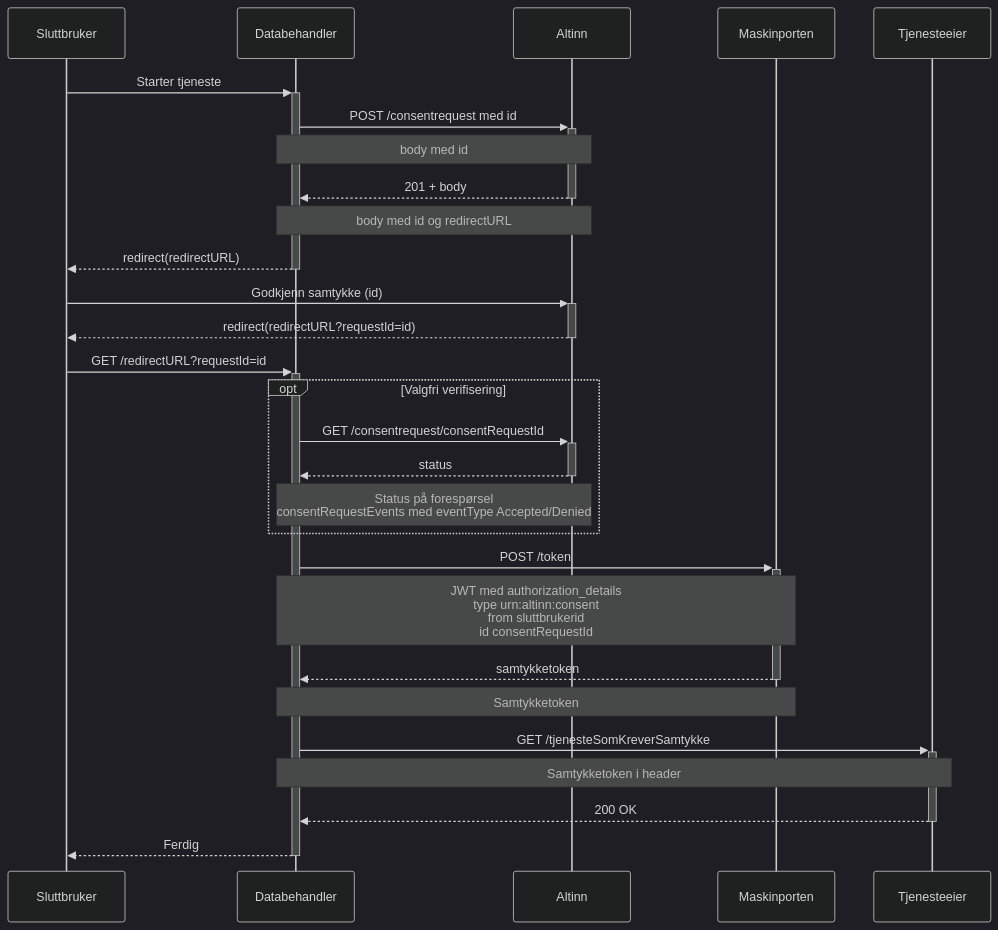
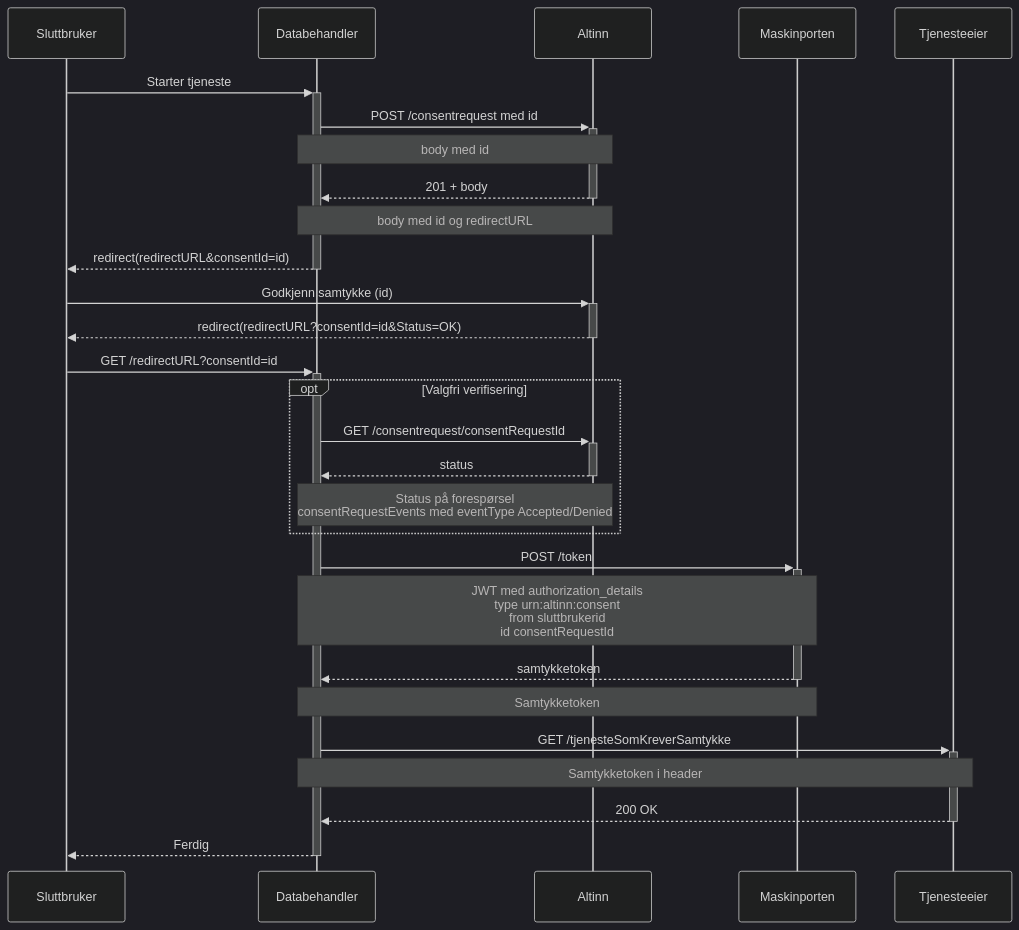
One commit to Altinn/altinn-studio-docs changed the diagram in content/authorization/guides/system-vendor/consent/_index.nb.md. Above: the diagram before and after it, drawn with Mermaid (dark theme). The commit also changed other lines of this file and 3 other files, not shown here.

```diff
--- a/content/authorization/guides/system-vendor/consent/_index.nb.md
+++ b/content/authorization/guides/system-vendor/consent/_index.nb.md
@@ -21,31 +21,31 @@
 {{< mermaid >}}
 sequenceDiagram
 participant Sluttbruker
 participant Databehandler
 participant Altinn
 participant Maskinporten
 participant Tjenesteeier
 
 Sluttbruker->>+Databehandler: Starter tjeneste
 Databehandler->>+Altinn: POST /consentrequest med id
 Note over Databehandler,Altinn: body med id
 Altinn-->>-Databehandler: 201 + body
 Note over Altinn,Databehandler: body med id og redirectURL
-Databehandler-->>-Sluttbruker: redirect(redirectURL)
+Databehandler-->>-Sluttbruker: redirect(redirectURL&consentId=id)
 Sluttbruker->>+Altinn: Godkjenn samtykke (id)
-Altinn-->>-Sluttbruker: redirect(redirectURL?requestId=id)
-Sluttbruker->>+Databehandler: GET /redirectURL?requestId=id
+Altinn-->>-Sluttbruker: redirect(redirectURL?consentId=id&Status=OK)
+Sluttbruker->>+Databehandler: GET /redirectURL?consentId=id
 opt Valgfri verifisering
 Databehandler->>+Altinn: GET /consentrequest/consentRequestId
 Altinn-->>-Databehandler: status
 Note over Altinn,Databehandler: Status på forespørsel <br/> consentRequestEvents med eventType Accepted/Denied
 end
 Databehandler->>+Maskinporten: POST /token
 Note over Databehandler,Maskinporten: JWT med authorization_details <br/> type urn:altinn:consent <br/> from sluttbrukerid <br/> id consentRequestId
 Maskinporten-->>-Databehandler: samtykketoken
 Note over Maskinporten,Databehandler: Samtykketoken
 Databehandler->>+Tjenesteeier: GET /tjenesteSomKreverSamtykke
 Note over Databehandler,Tjenesteeier: Samtykketoken i header
 Tjenesteeier-->>-Databehandler: 200 OK
 Databehandler-->>-Sluttbruker: Ferdig
 {{< /mermaid >}}
```
